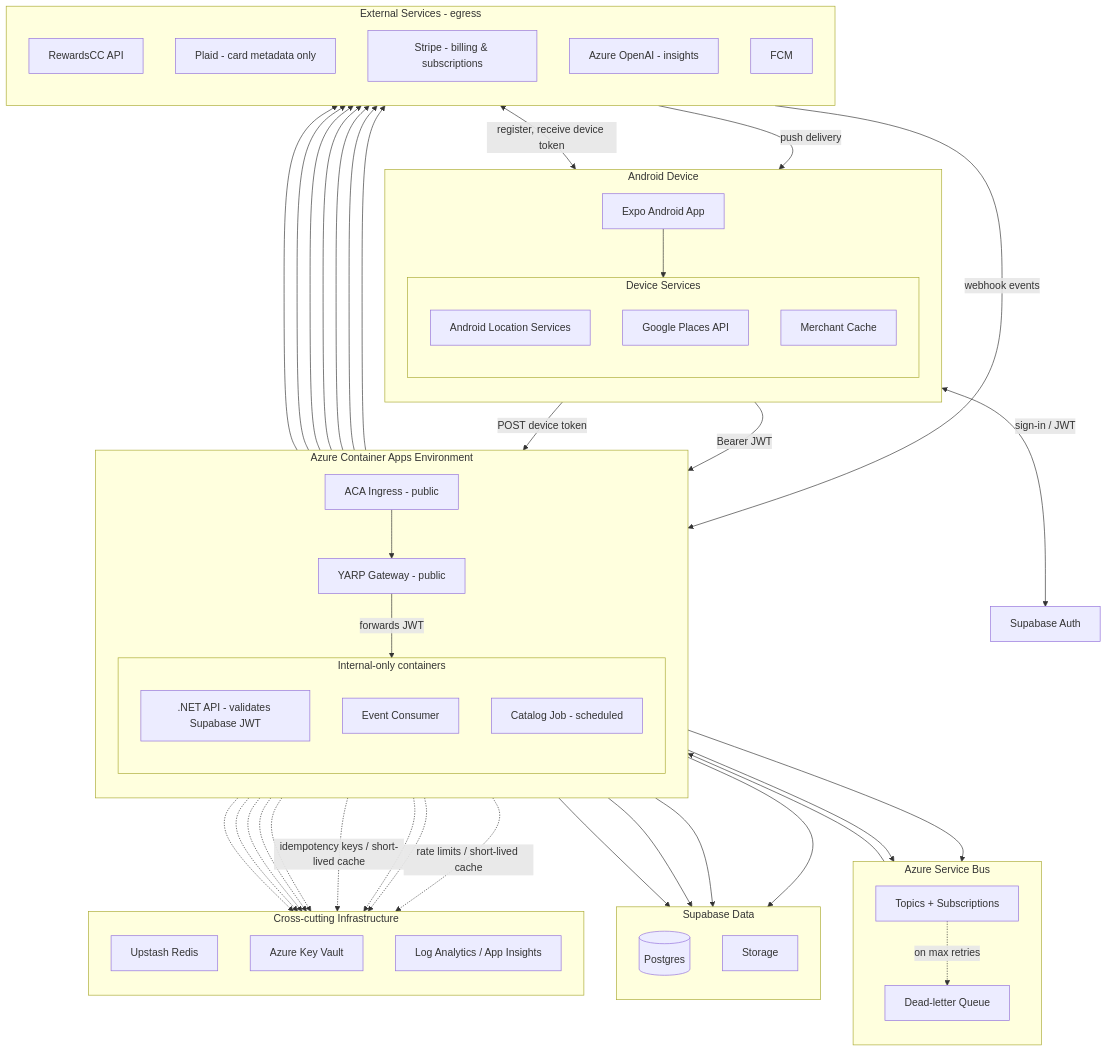
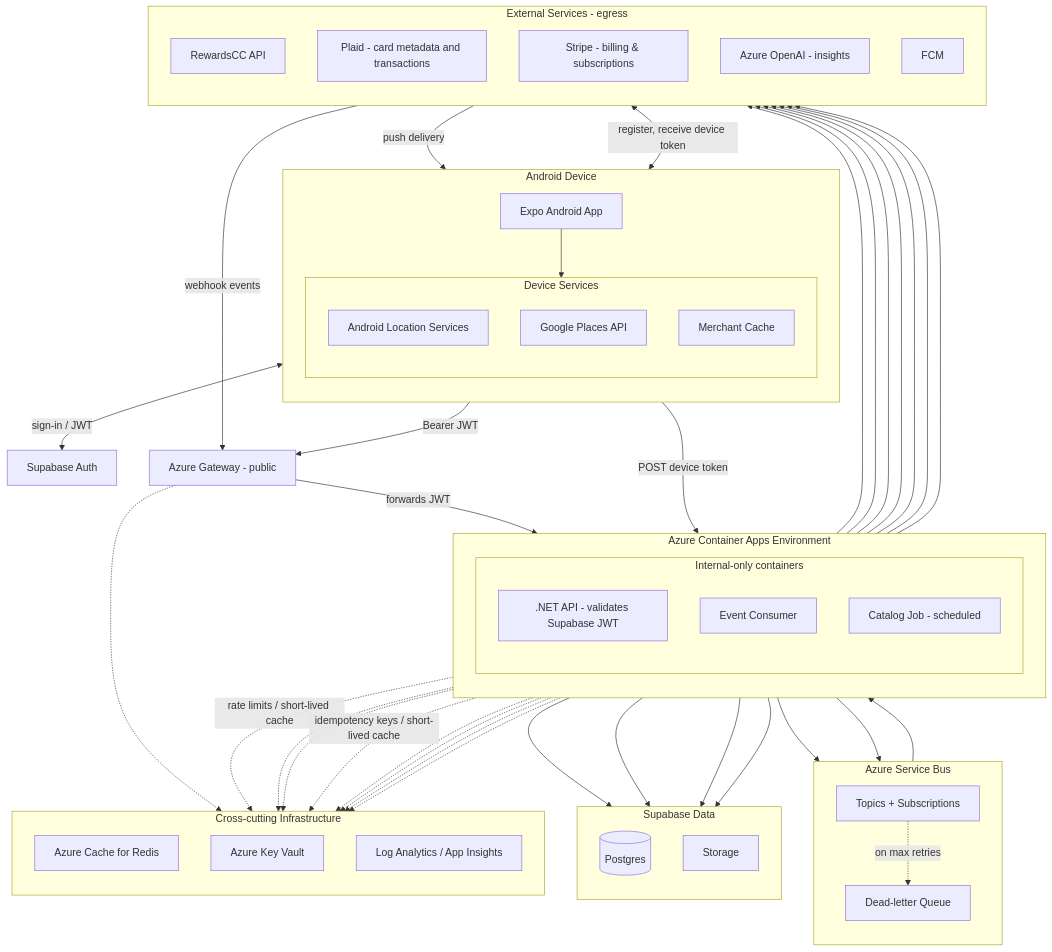
The second of 2 diagrams in _docs/high-level-design/mvp-architecture.md (dev-Truespend/true-spend-spark), drawn with Mermaid before and after one commit. The commit also changed other lines of this file and 29 other files, not shown here.

````diff
--- a/_docs/high-level-design/mvp-architecture.md
+++ b/_docs/high-level-design/mvp-architecture.md
@@ -170,19 +171,18 @@
 
   Auth[Supabase Auth]
 
+  %% ===== Edge tier =====
+  AzureGateway[Azure Gateway - public]
+
   %% ===== Compute tier =====
   subgraph ACA[Azure Container Apps Environment]
     direction TB
-    Ingress[ACA Ingress - public]
-    YARP[YARP Gateway - public]
     subgraph Internal[Internal-only containers]
       direction TB
       API[.NET API - validates Supabase JWT]
       Consumer[Event Consumer]
       CatalogJob[Catalog Job - scheduled]
     end
-    Ingress --> YARP
-    YARP -->|forwards JWT| API
   end
 
   %% ===== Messaging tier =====
@@ -203,7 +203,7 @@
   subgraph Ext[External Services - egress]
     direction TB
     RewardsCC[RewardsCC API]
-    Plaid[Plaid - card metadata only]
+    Plaid[Plaid - card metadata and transactions]
     Stripe[Stripe - billing & subscriptions]
     AzureOpenAI[Azure OpenAI - insights]
     FCM[FCM]
@@ -212,7 +212,7 @@
   %% ===== Cross-cutting infrastructure =====
   subgraph Infra[Cross-cutting Infrastructure]
     direction TB
-    Redis[Upstash Redis]
+    Redis[Azure Cache for Redis]
     KeyVault[Azure Key Vault]
     Obs[Log Analytics / App Insights]
   end
@@ -221,7 +221,8 @@
   Android <-->|sign-in / JWT| Auth
 
   %% ===== Primary request path =====
-  Android -->|Bearer JWT| Ingress
+  Android -->|Bearer JWT| AzureGateway
+  AzureGateway -->|forwards JWT| API
 
   %% ===== API outbound =====
   API --> DB
@@ -233,7 +234,7 @@
   API --> FCM
 
   %% ===== Stripe inbound webhooks =====
-  Stripe -->|webhook events| Ingress
+  Stripe -->|webhook events| AzureGateway
 
   %% ===== Async path =====
   Topic --> Consumer
@@ -261,5 +262,5 @@
   Consumer -.-> Obs
   CatalogJob -.-> KeyVault
   CatalogJob -.-> Obs
-  YARP -.-> Obs
+  AzureGateway -.-> Obs
 ```
````
